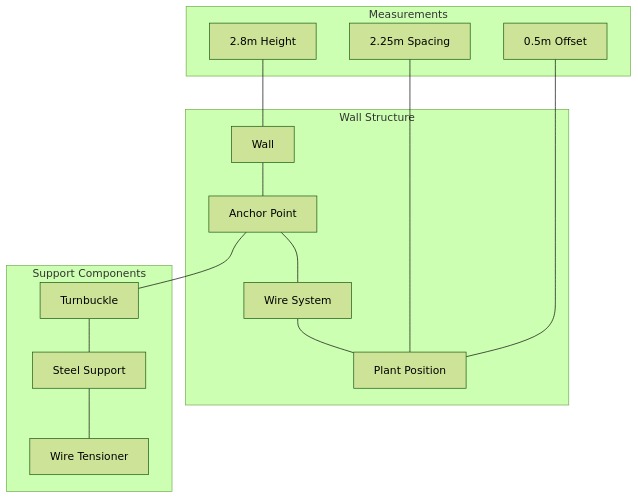
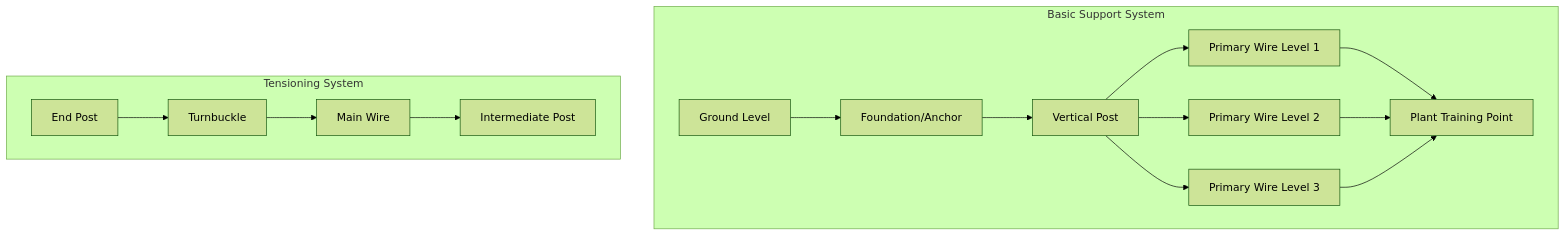
One commit to JustAGhosT/farm-business-plan changed the first of 2 diagrams in docs/technical-implementation.md. Above: the diagram before and after it, drawn with Mermaid (forest theme). The commit also changed other lines of this file and 2 other files, not shown here.

````diff
--- a/docs/technical-implementation.md
+++ b/docs/technical-implementation.md
@@ -89,20 +119,19 @@
 ```mermaid
 graph TB
-  subgraph Wall Structure
-  W[Wall] --- AP[Anchor Point]
-  AP --- WS[Wire System]
-  WS --- PP[Plant Position]
+  subgraph Basic Support System
+  A[Ground Level] --> B[Foundation/Anchor]
+  B --> C[Vertical Post]
+  C --> D[Primary Wire Level 1]
+  C --> E[Primary Wire Level 2]
+  C --> F[Primary Wire Level 3]
+  D --> G[Plant Training Point]
+  E --> G
+  F --> G
   end
-
-  subgraph Support Components
-  AP --- TB[Turnbuckle]
-  TB --- SS[Steel Support]
-  SS --- WT[Wire Tensioner]
-  end
-
-  subgraph Measurements
-  M1[2.8m Height] --- W
-  M2[2.25m Spacing] --- PP
-  M3[0.5m Offset] --- PP
+  
+  subgraph Tensioning System
+  H[End Post] --> I[Turnbuckle]
+  I --> J[Main Wire]
+  J --> K[Intermediate Post]
   end
 ```
````
